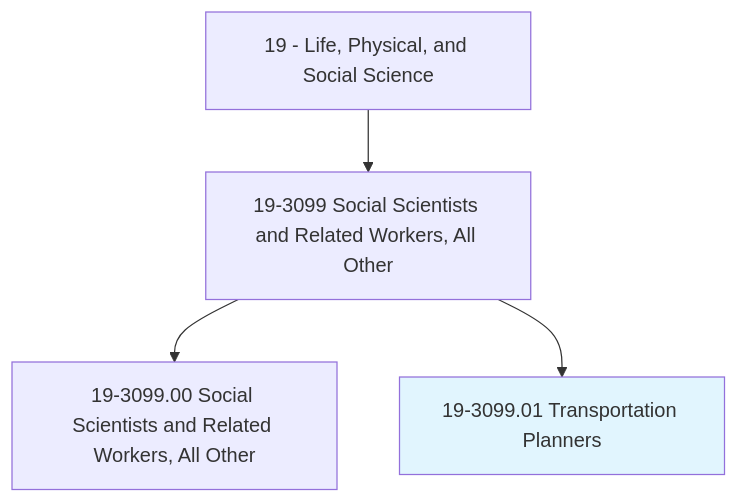
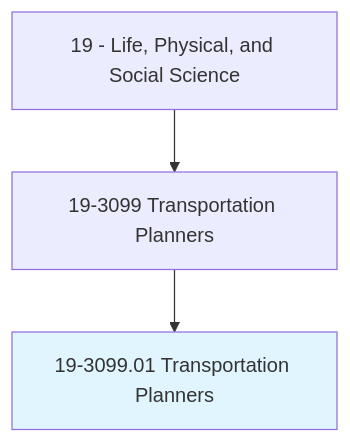
The first of 4 diagrams in occupations/Science/TransportationPlanners.mdx (kziemski/business.org.ai), drawn with Mermaid before and after one commit. The commit also changed other lines of this file and 938 other files, not shown here.

````diff
--- a/occupations/Science/TransportationPlanners.mdx
+++ b/occupations/Science/TransportationPlanners.mdx
@@ -19,7 +23,6 @@
 ```mermaid
 graph TD
-    Cat19["19 - Life, Physical, and Social Science"] --> Group193099["19-3099 Social Scientists and Related Workers, All Other"]
-    Group193099 --> Base["19-3099.00 Social Scientists and Related Workers, All Other"]
+    Cat19["19 - Life, Physical, and Social Science"] --> Group193099["19-3099 Transportation Planners"]
     Group193099 --> Current["19-3099.01 Transportation Planners"]
     style Current fill:#e1f5fe
 ```
````
